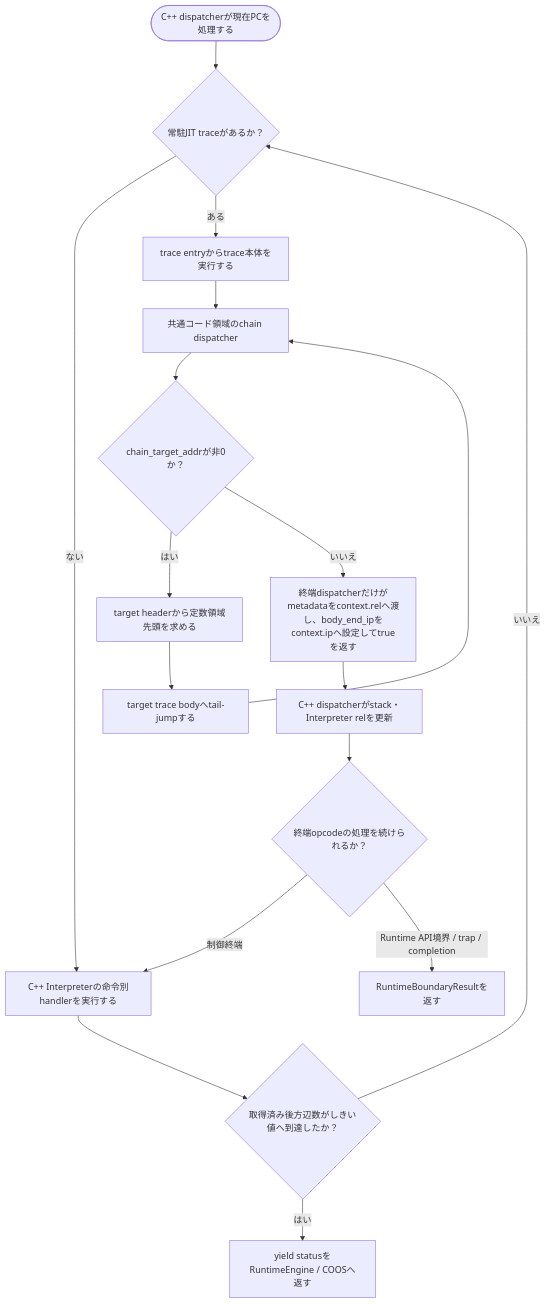
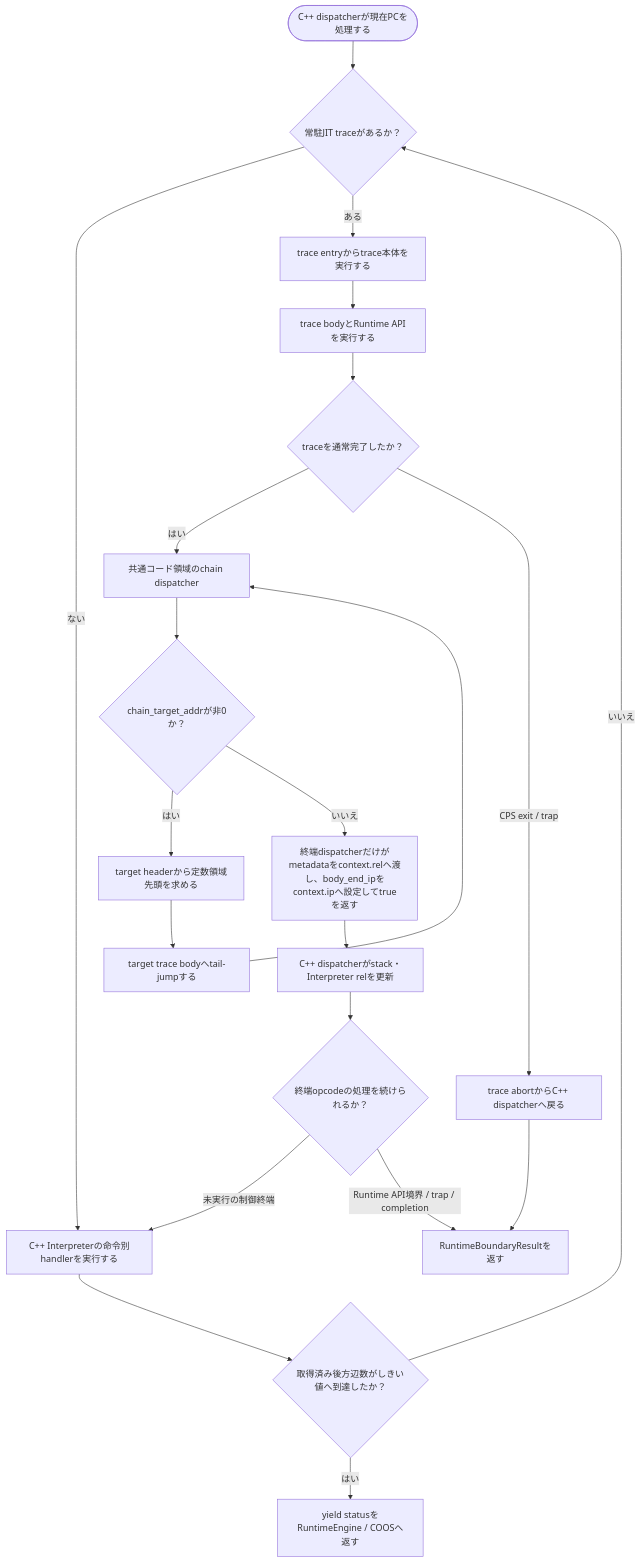
Before and after one commit to kmt-t/fireball: the sixth of 6 diagrams in docs/components/tier3_plugins/jit_runtime.md, drawn with Mermaid. The commit also changed other lines of this file and 21 other files, not shown here.

````diff
--- a/docs/components/tier3_plugins/jit_runtime.md
+++ b/docs/components/tier3_plugins/jit_runtime.md
@@ -318,19 +318,23 @@
 ```mermaid
 flowchart TD
     Start(["C++ dispatcherが現在PCを処理する"]) --> Lookup{"常駐JIT traceがあるか？"}
     Lookup -- "ない" --> Handler["C++ Interpreterの命令別handlerを実行する"]
     Lookup -- "ある" --> Entry["trace entryからtrace本体を実行する"]
-    Entry --> Chain["共通コード領域のchain dispatcher"]
+    Entry --> Execute["trace bodyとRuntime APIを実行する"]
+    Execute --> Exit{"traceを通常完了したか？"}
+    Exit -- "はい" --> Chain["共通コード領域のchain dispatcher"]
+    Exit -- "CPS exit / trap" --> ApiAbort["trace abortからC++ dispatcherへ戻る"]
+    ApiAbort --> Boundary["CPS状態またはRuntimeBoundaryResultを処理する"]
     Chain --> Target{"chain_target_addrが非0か？"}
     Target -- "はい" --> Rel["target headerから定数領域先頭を求める"]
     Rel --> Body["target trace bodyへtail-jumpする"]
     Body --> Chain
     Target -- "いいえ" --> Return["終端dispatcherだけがmetadataをcontext.relへ渡し、body_end_ipをcontext.ipへ設定してtrueを返す"]
     Return --> Setup["C++ dispatcherがstack・Interpreter relを更新"]
     Setup --> Terminator{"終端opcodeの処理を続けられるか？"}
-    Terminator -- "制御終端" --> Handler
+    Terminator -- "未実行の制御終端" --> Handler
     Terminator -- "Runtime API境界 / trap / completion" --> Boundary["RuntimeBoundaryResultを返す"]
     Handler --> Backedge{"取得済み後方辺数がしきい値へ到達したか？"}
     Backedge -- "はい" --> Yield["yield statusをRuntimeEngine / COOSへ返す"]
     Backedge -- "いいえ" --> Lookup
 ```
````
